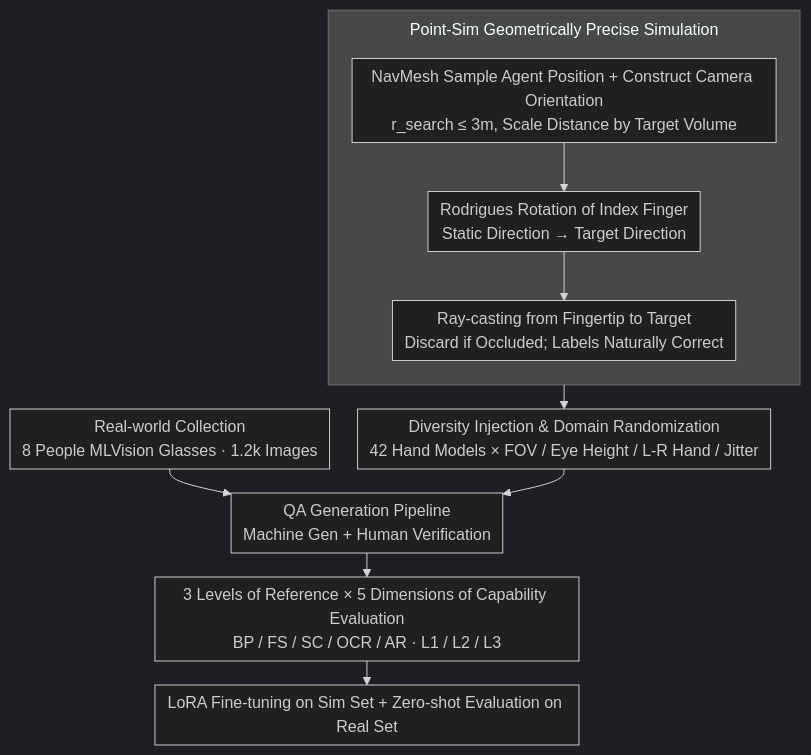
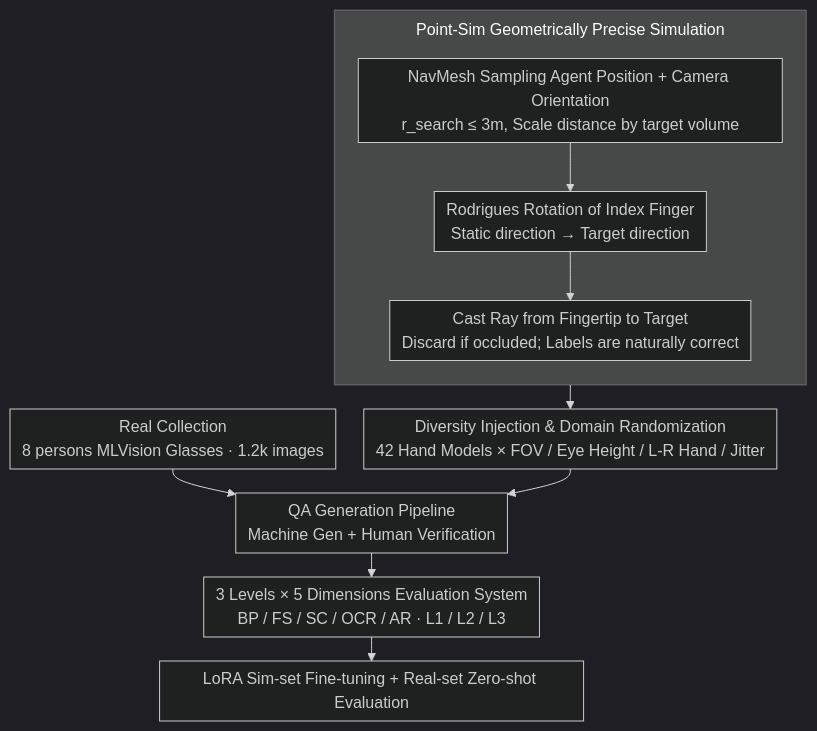
Before and after one commit to zhaoyang97/Paper-Notes-en: the diagram in docs/ACL2026/vlm_reasoning/do_mllms_understand_pointing_benchmarking_and_enhancing_referential_reasoning_in.md, drawn with Mermaid (dark theme). The commit also changed other lines of this file and 5084 other files, not shown here.

````diff
--- a/docs/ACL2026/vlm_reasoning/do_mllms_understand_pointing_benchmarking_and_enhancing_referential_reasoning_in.md
+++ b/docs/ACL2026/vlm_reasoning/do_mllms_understand_pointing_benchmarking_and_enhancing_referential_reasoning_in.md
@@ -47,14 +47,14 @@
 ```mermaid
 %%{init: {'flowchart': {'rankSpacing': 24, 'nodeSpacing': 28, 'padding': 6, 'wrappingWidth': 400, 'subGraphTitleMargin': {'top': 8, 'bottom': 16}}}}%%
 flowchart TD
     subgraph SIM["Point-Sim Geometrically Precise Simulation"]
         direction TB
-        A["NavMesh Sample Agent Position + Construct Camera Orientation<br/>r_search ≤ 3m, Scale Distance by Target Volume"] --> B["Rodrigues Rotation of Index Finger<br/>Static Direction → Target Direction"]
-        B --> C["Ray-casting from Fingertip to Target<br/>Discard if Occluded; Labels Naturally Correct"]
+        A["NavMesh Sampling Agent Position + Camera Orientation<br/>r_search ≤ 3m, Scale distance by target volume"] --> B["Rodrigues Rotation of Index Finger<br/>Static direction → Target direction"]
+        B --> C["Cast Ray from Fingertip to Target<br/>Discard if occluded; Labels are naturally correct"]
     end
     C --> E["Diversity Injection & Domain Randomization<br/>42 Hand Models × FOV / Eye Height / L-R Hand / Jitter"]
-    R["Real-world Collection<br/>8 People MLVision Glasses · 1.2k Images"] --> QA
+    R["Real Collection<br/>8 persons MLVision Glasses · 1.2k images"] --> QA
     E --> QA["QA Generation Pipeline<br/>Machine Gen + Human Verification"]
-    QA --> TAX["3 Levels of Reference × 5 Dimensions of Capability Evaluation<br/>BP / FS / SC / OCR / AR · L1 / L2 / L3"]
-    TAX --> LORA["LoRA Fine-tuning on Sim Set + Zero-shot Evaluation on Real Set"]
+    QA --> TAX["3 Levels × 5 Dimensions Evaluation System<br/>BP / FS / SC / OCR / AR · L1 / L2 / L3"]
+    TAX --> LORA["LoRA Sim-set Fine-tuning + Real-set Zero-shot Evaluation"]
 ```
````
